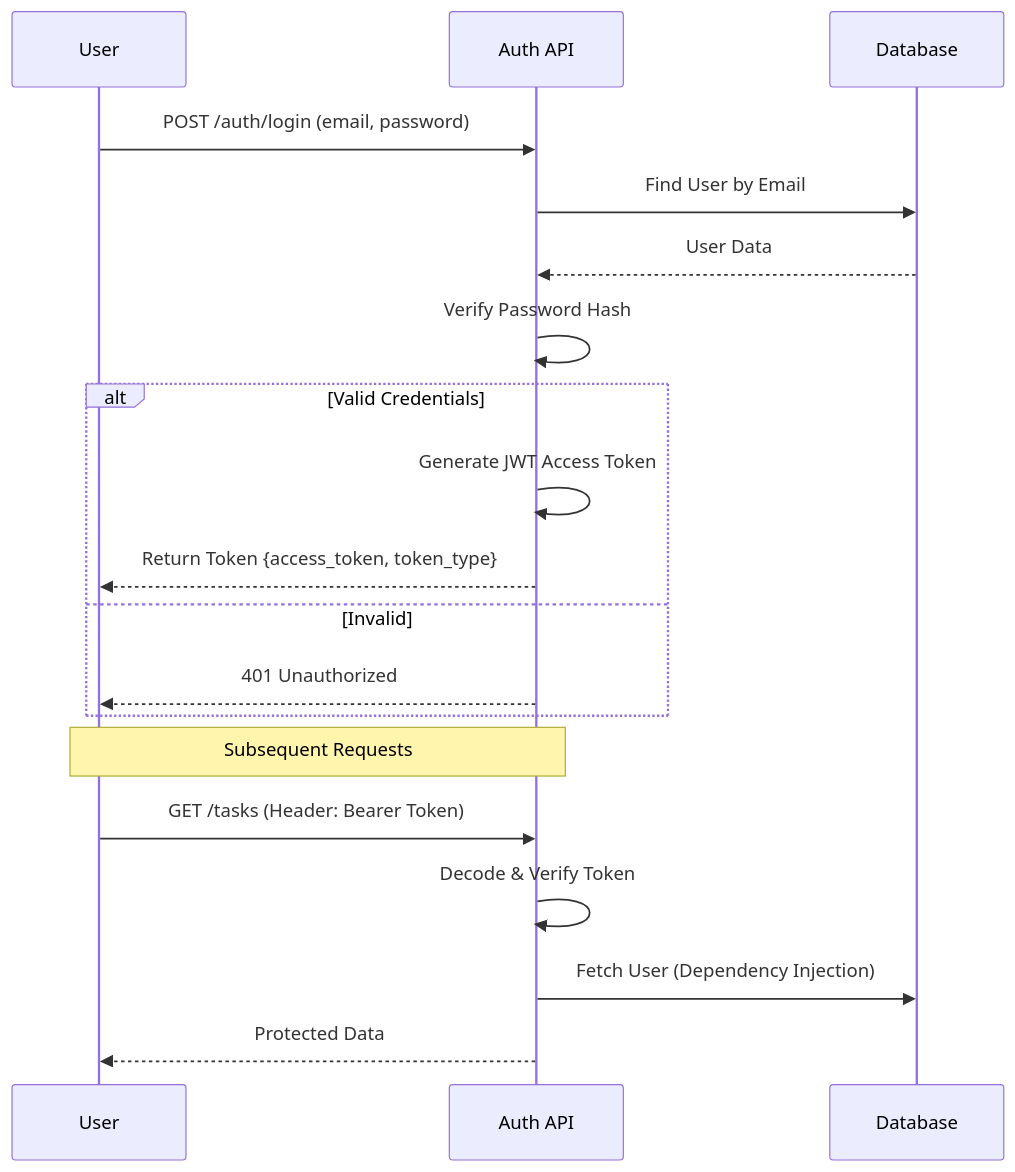
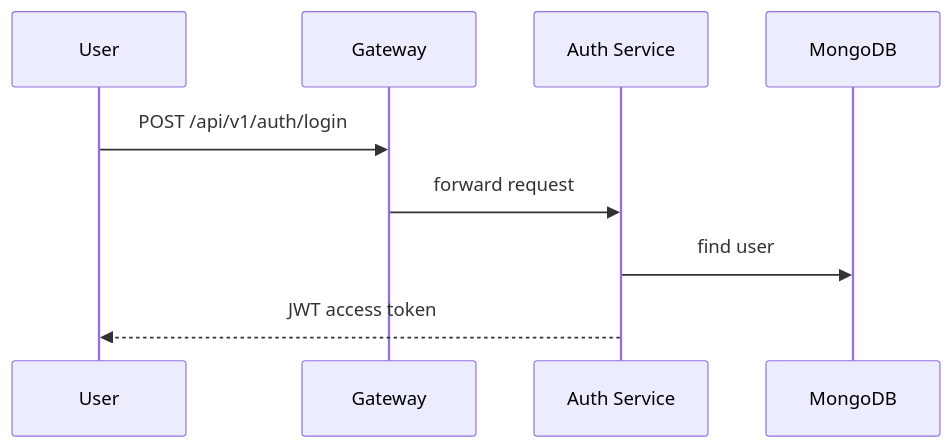
Before and after one commit to HackyCoder0951/authdb: the second of 2 diagrams in docs/Back-End.md, drawn with Mermaid. The commit also changed other lines of this file and 3 other files, not shown here.

Commit message:
feat: update documentation for system architecture and backend services

````diff
--- a/docs/Back-End.md
+++ b/docs/Back-End.md
@@ -46,23 +61,12 @@
 ```mermaid
 sequenceDiagram
     participant U as User
-    participant A as Auth API
-    participant D as Database
-    
-    U->>A: POST /auth/login (email, password)
-    A->>D: Find User by Email
-    D-->>A: User Data
-    A->>A: Verify Password Hash
-    alt Valid Credentials
-        A->>A: Generate JWT Access Token
-        A-->>U: Return Token {access_token, token_type}
-    else Invalid
-        A-->>U: 401 Unauthorized
-    end
-    
-    Note over U, A: Subsequent Requests
-    U->>A: GET /tasks (Header: Bearer Token)
-    A->>A: Decode & Verify Token
-    A->>D: Fetch User (Dependency Injection)
-    A-->>U: Protected Data
+    participant G as Gateway
+    participant A as Auth Service
+    participant DB as MongoDB
+
+    U->>G: POST /api/v1/auth/login
+    G->>A: forward request
+    A->>DB: find user
+    A-->>U: JWT access token
 ```
````
